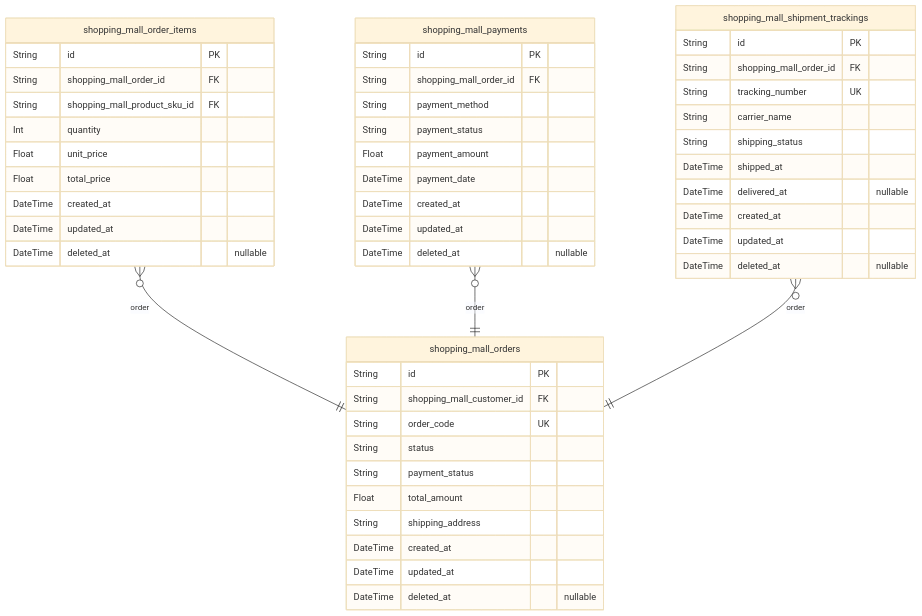
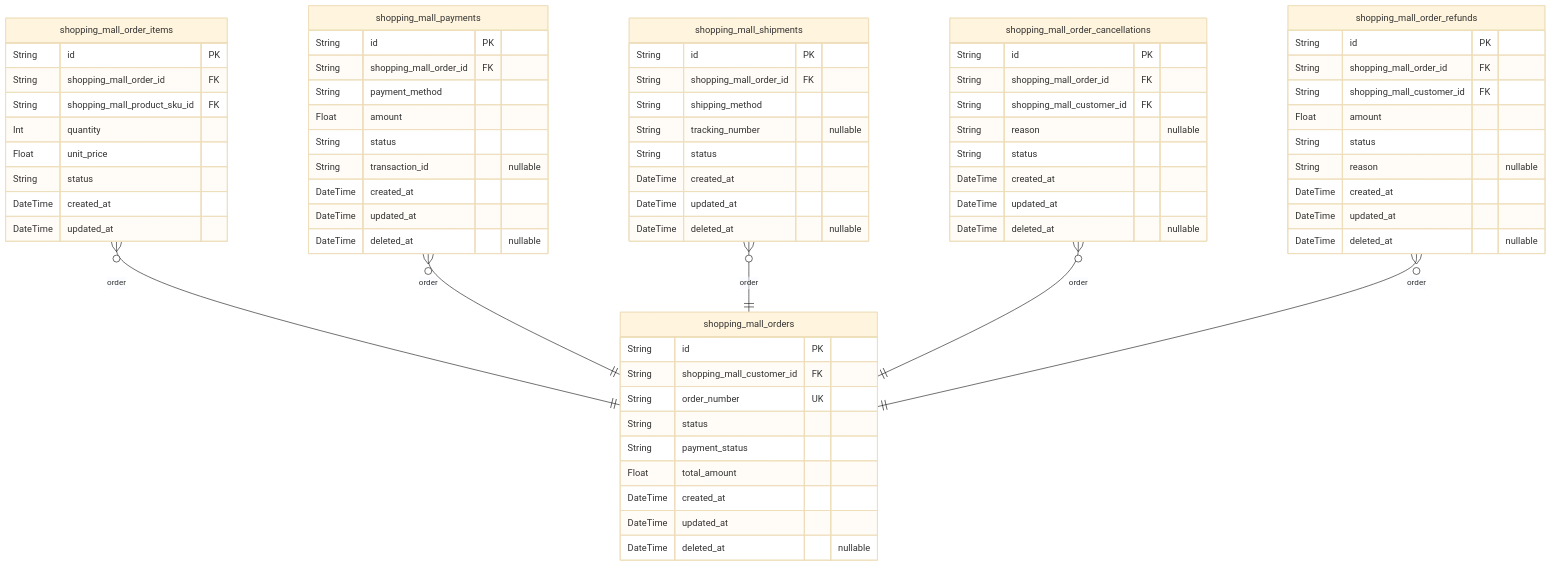
The fifth of 10 diagrams in openai/gpt-4.1-mini/shopping/docs/ERD.md (wrtnlabs/autobe-examples), drawn with Mermaid (base theme) before and after one commit. The commit also changed other lines of this file and 22498 other files, not shown here.

````diff
--- a/openai/gpt-4.1-mini/shopping/docs/ERD.md
+++ b/openai/gpt-4.1-mini/shopping/docs/ERD.md
@@ -483,52 +851,71 @@
 ```mermaid
 erDiagram
 "shopping_mall_orders" {
   String id PK
   String shopping_mall_customer_id FK
-  String order_code UK
+  String order_number UK
   String status
   String payment_status
   Float total_amount
-  String shipping_address
   DateTime created_at
   DateTime updated_at
   DateTime deleted_at "nullable"
 }
 "shopping_mall_order_items" {
   String id PK
   String shopping_mall_order_id FK
   String shopping_mall_product_sku_id FK
   Int quantity
   Float unit_price
-  Float total_price
+  String status
   DateTime created_at
   DateTime updated_at
-  DateTime deleted_at "nullable"
 }
 "shopping_mall_payments" {
   String id PK
   String shopping_mall_order_id FK
   String payment_method
-  String payment_status
-  Float payment_amount
-  DateTime payment_date
+  Float amount
+  String status
+  String transaction_id "nullable"
   DateTime created_at
   DateTime updated_at
   DateTime deleted_at "nullable"
 }
-"shopping_mall_shipment_trackings" {
+"shopping_mall_shipments" {
   String id PK
   String shopping_mall_order_id FK
-  String tracking_number UK
-  String carrier_name
-  String shipping_status
-  DateTime shipped_at
-  DateTime delivered_at "nullable"
+  String shipping_method
+  String tracking_number "nullable"
+  String status
+  DateTime created_at
+  DateTime updated_at
+  DateTime deleted_at "nullable"
+}
+"shopping_mall_order_cancellations" {
+  String id PK
+  String shopping_mall_order_id FK
+  String shopping_mall_customer_id FK
+  String reason "nullable"
+  String status
+  DateTime created_at
+  DateTime updated_at
+  DateTime deleted_at "nullable"
+}
+"shopping_mall_order_refunds" {
+  String id PK
+  String shopping_mall_order_id FK
+  String shopping_mall_customer_id FK
+  Float amount
+  String status
+  String reason "nullable"
   DateTime created_at
   DateTime updated_at
   DateTime deleted_at "nullable"
 }
 "shopping_mall_order_items" }o--|| "shopping_mall_orders" : order
 "shopping_mall_payments" }o--|| "shopping_mall_orders" : order
-"shopping_mall_shipment_trackings" }o--|| "shopping_mall_orders" : order
+"shopping_mall_shipments" }o--|| "shopping_mall_orders" : order
+"shopping_mall_order_cancellations" }o--|| "shopping_mall_orders" : order
+"shopping_mall_order_refunds" }o--|| "shopping_mall_orders" : order
 ```
````
